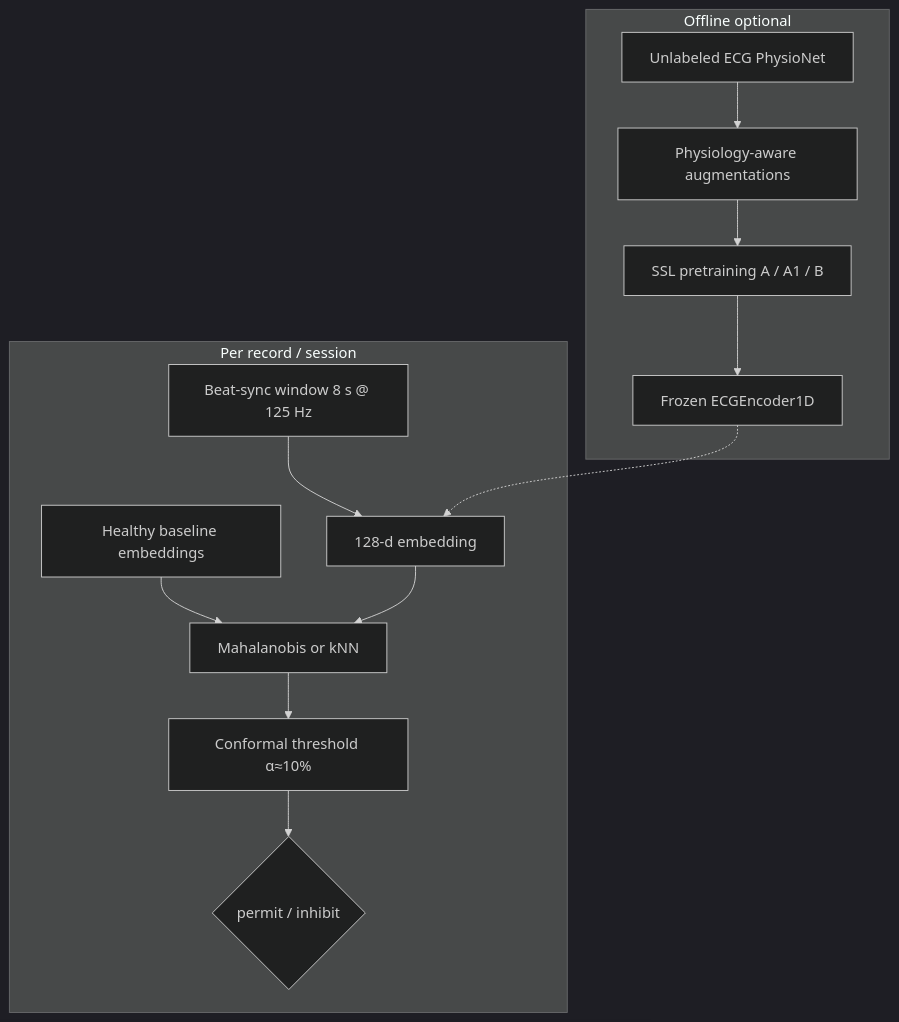
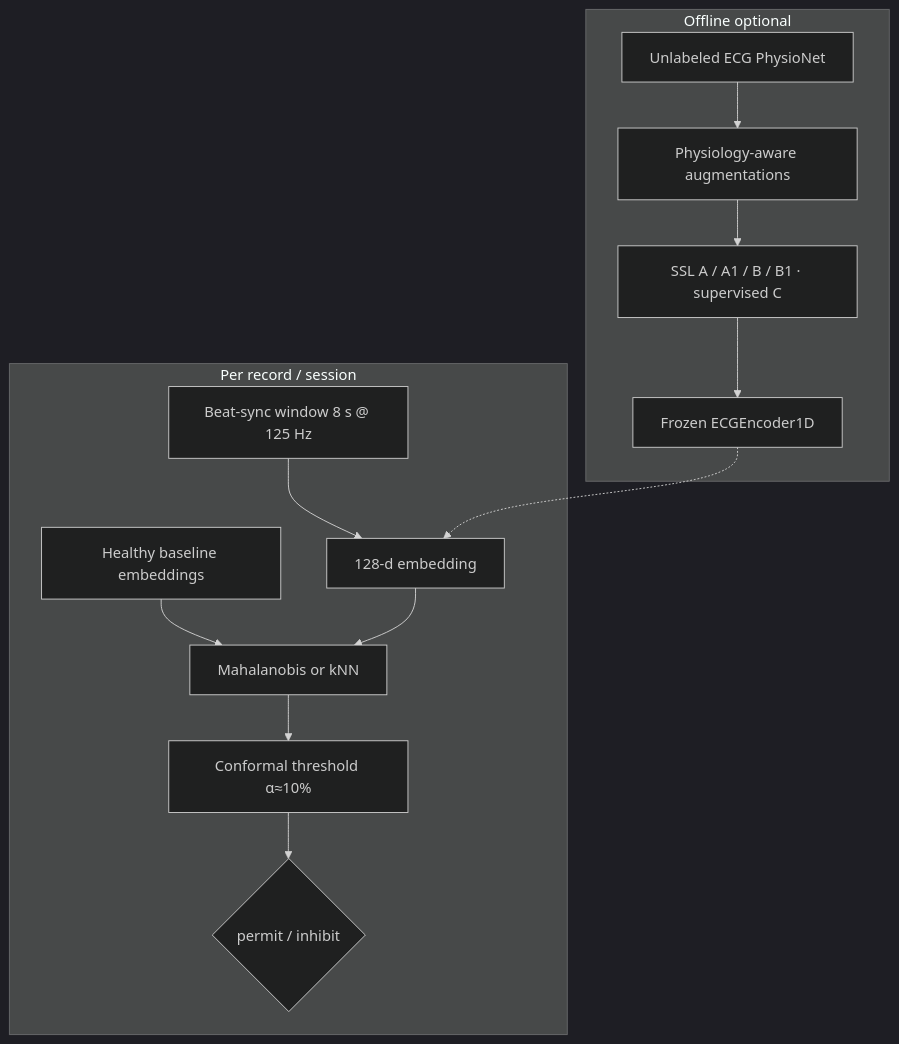
Before and after one commit to Antoine-V74/Thesis: the diagram in Layer3/reports/LAYER3_SUPERVISOR_SUMMARY.md, drawn with Mermaid (dark theme). The commit also changed other lines of this file and 84 other files, not shown here.

````diff
--- a/Layer3/reports/LAYER3_SUPERVISOR_SUMMARY.md
+++ b/Layer3/reports/LAYER3_SUPERVISOR_SUMMARY.md
@@ -26,18 +26,18 @@
 ```mermaid
 flowchart TB
   subgraph Offline["Offline optional"]
     U[Unlabeled ECG PhysioNet] --> AUG[Physiology-aware augmentations]
-    AUG --> SSL[SSL pretraining A / A1 / B]
+    AUG --> SSL[SSL A / A1 / B / B1 · supervised C]
     SSL --> W[Frozen ECGEncoder1D]
   end
 
   subgraph Runtime["Per record / session"]
     WIN["Beat-sync window 8 s @ 125 Hz"] --> ENC[128-d embedding]
     CAL[Healthy baseline embeddings] --> SC[Mahalanobis or kNN]
     ENC --> SC
     SC --> THR["Conformal threshold α≈10%"]
     THR --> DEC{permit / inhibit}
   end
 
   W -.-> ENC
 ```
````
